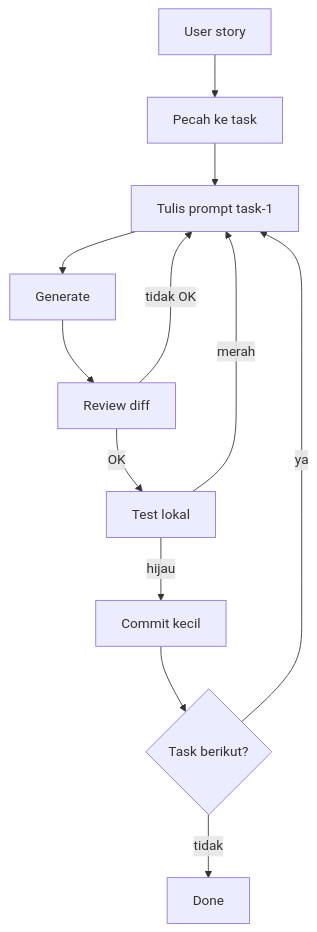
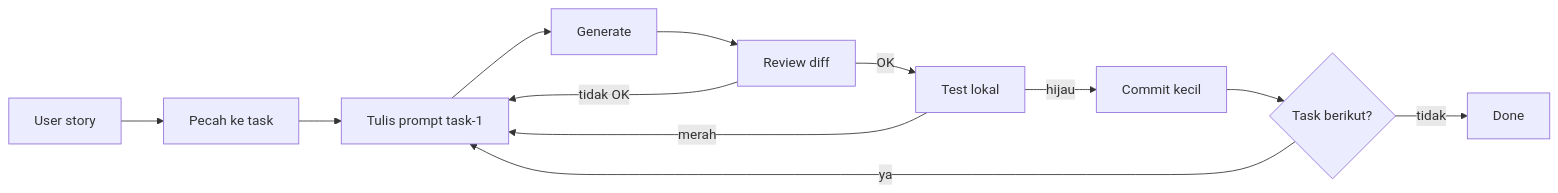
Before and after one commit to githubna-ilham/AI_Cursor: the second of 2 diagrams in Hari-1-Fundamental-DevNotes/Sesi-04-Code-Generation/materi.md, drawn with Mermaid.

Commit message:
fix(sesi-04): ubah flow "Loop Kerja Rekomendasi" jadi horizontal (LR)
Ganti `flowchart TD` -> `flowchart LR` supaya alur prompt -> generate ->
review -> test -> commit lebih mudah diikuti dari kiri ke kanan.

````diff
--- a/Hari-1-Fundamental-DevNotes/Sesi-04-Code-Generation/materi.md
+++ b/Hari-1-Fundamental-DevNotes/Sesi-04-Code-Generation/materi.md
@@ -194,14 +194,14 @@
 ```mermaid
-flowchart TD
+flowchart LR
     S[User story] --> P[Pecah ke task]
     P --> X[Tulis prompt task-1]
     X --> G[Generate]
     G --> R[Review diff]
     R -->|OK| T[Test lokal]
     R -->|tidak OK| X
     T -->|hijau| C[Commit kecil]
     T -->|merah| X
     C --> N{Task berikut?}
     N -->|ya| X
     N -->|tidak| D[Done]
 ```
````
